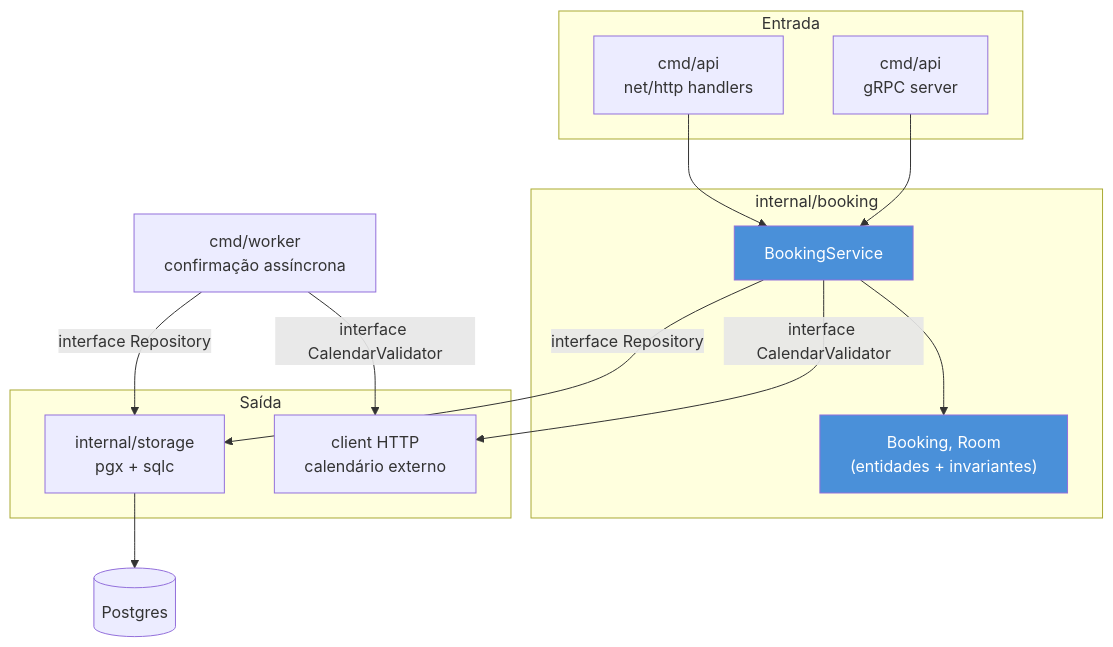
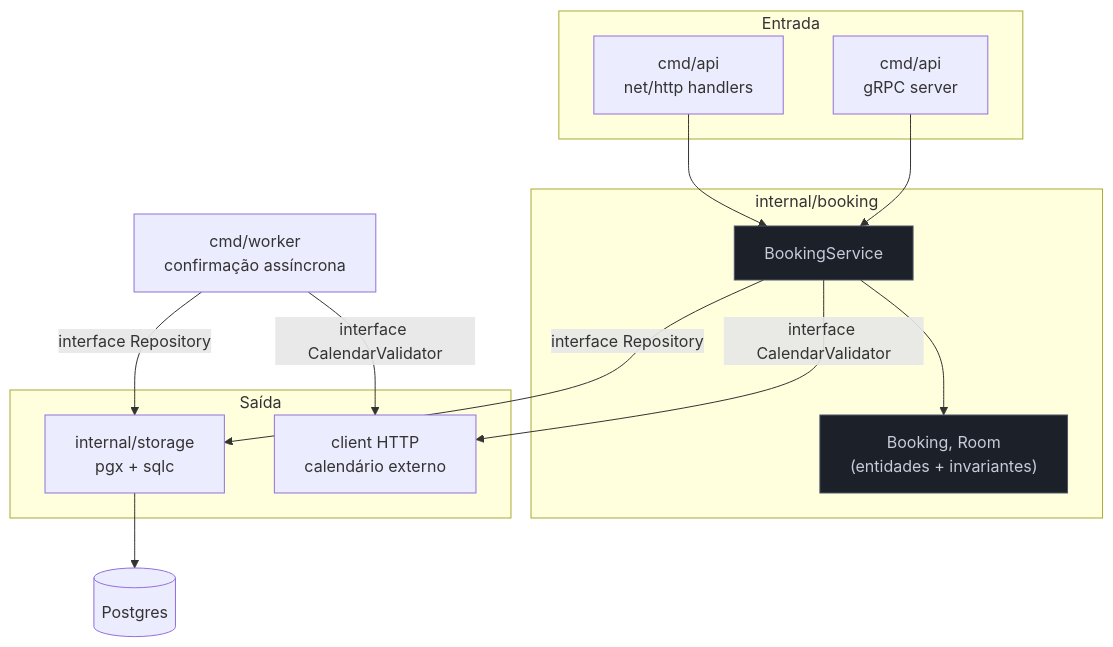
One commit to josenaldo/codex-technomanticus changed the first of 2 diagrams in 03-Dominios/Tecnologia/Go/Capstone - Construir um serviço Go de produção.md. Above: the diagram before and after it, drawn with Mermaid. The commit also changed 1181 other files, not shown here.

First line of the commit message:
fix(diagramas): paleta do sistema no lugar de cor cravada no markdown

````diff
--- a/03-Dominios/Tecnologia/Go/Capstone - Construir um serviço Go de produção.md
+++ b/03-Dominios/Tecnologia/Go/Capstone - Construir um serviço Go de produção.md
@@ -79,28 +79,29 @@
 ```mermaid
 flowchart TB
+    classDef neutro fill:#1B2029,stroke:#4E5666,color:#C6CCD8
     subgraph Entrada
         HTTP["cmd/api\nnet/http handlers"]
         GRPC["cmd/api\ngRPC server"]
     end
     subgraph Domínio["internal/booking"]
         SVC["BookingService"]
         ENT["Booking, Room\n(entidades + invariantes)"]
     end
     subgraph Saída
         REPO["internal/storage\npgx + sqlc"]
         CAL["client HTTP\ncalendário externo"]
     end
     WORKER["cmd/worker\nconfirmação assíncrona"]
 
     HTTP --> SVC
     GRPC --> SVC
     SVC --> ENT
     SVC -->|"interface Repository"| REPO
     SVC -->|"interface CalendarValidator"| CAL
     WORKER -->|"interface Repository"| REPO
     WORKER -->|"interface CalendarValidator"| CAL
     REPO --> PG[(Postgres)]
 
-    style SVC fill:#4A90D9,color:#fff
-    style ENT fill:#4A90D9,color:#fff
+    class SVC neutro
+    class ENT neutro
 ```
````
